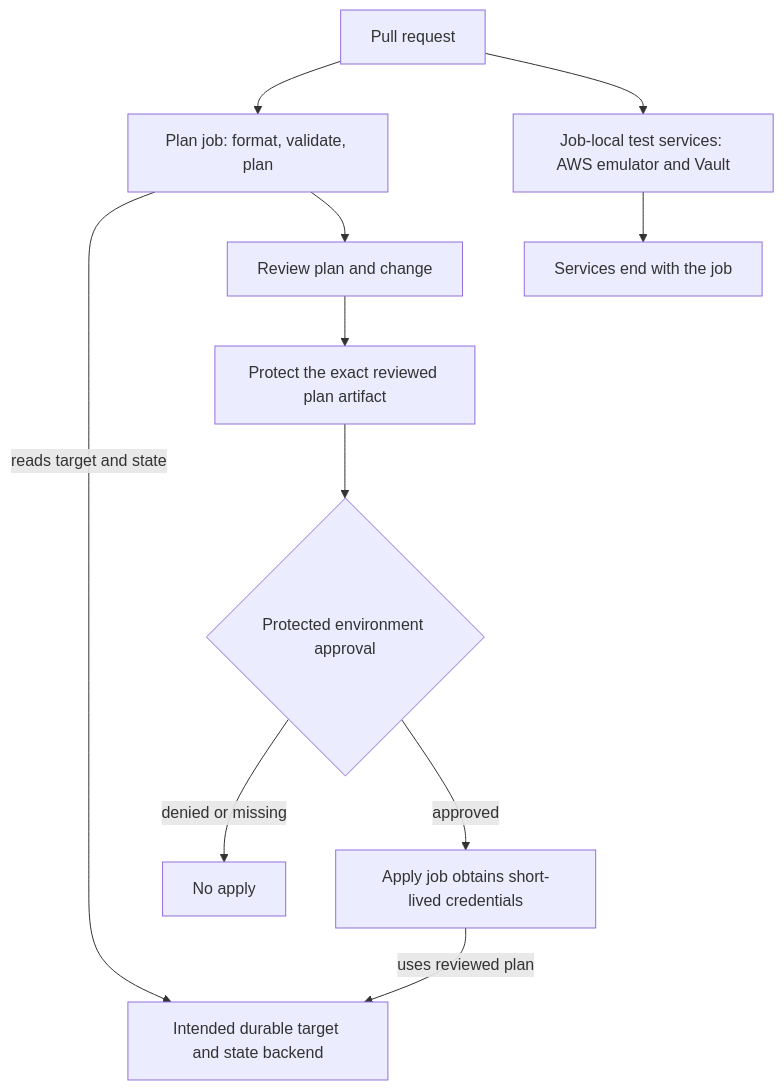
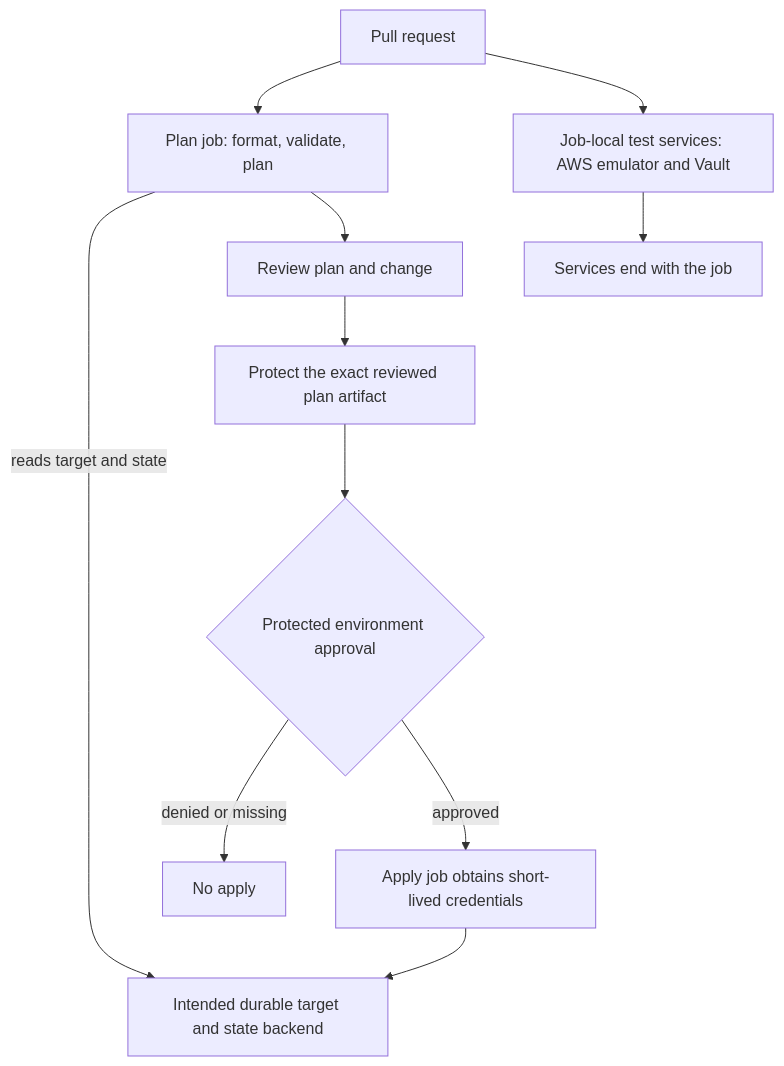
Before and after one commit to OpalBolt/Hashicorp-Katas: the second of 2 diagrams in docs/slices/terraform-vault/02-ci.md, drawn with Mermaid. The commit also changed other lines of this file and 19 other files, not shown here.

````diff
--- a/docs/slices/terraform-vault/02-ci.md
+++ b/docs/slices/terraform-vault/02-ci.md
@@ -69,13 +74,13 @@
 ```mermaid
 flowchart TD
   PR["Pull request"] --> PLAN["Plan job: format, validate, plan"]
   PR --> TEST["Job-local test services: AWS emulator and Vault"]
   TEST --> END["Services end with the job"]
   PLAN -->|reads target and state| TARGET["Intended durable target and state backend"]
   PLAN --> REVIEW["Review plan and change"]
   REVIEW --> ART["Protect the exact reviewed plan artifact"]
   ART --> APPROVE{"Protected environment approval"}
   APPROVE -->|denied or missing| STOP["No apply"]
   APPROVE -->|approved| APPLY["Apply job obtains short-lived credentials"]
-  APPLY -->|uses reviewed plan| TARGET
+  APPLY --> TARGET
 ```
````
